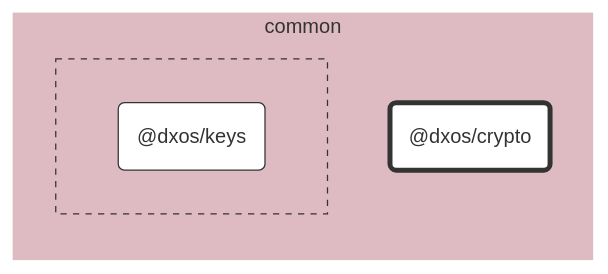
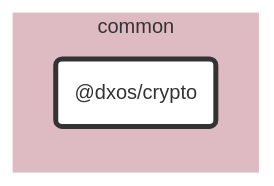
The diagram in packages/common/crypto/docs/README.md (dxos/dxos), drawn with Mermaid before and after one commit. The commit also changed 87 other files, not shown here.

````diff
--- a/packages/common/crypto/docs/README.md
+++ b/packages/common/crypto/docs/README.md
@@ -7,33 +7,20 @@
 ```mermaid
 %%{ init: {'flowchart':{'curve':'basis'}} }%%
 
 flowchart LR
 
-%% Links
+%% Classes
+classDef def fill:#fff,stroke:#333,stroke-width:1px
+classDef root fill:#fff,stroke:#333,stroke-width:4px
 
-%% Sections
-subgraph common
-  style common fill:#debac2,stroke:#fff;
+%% Nodes
 
-  dxos/crypto("@dxos/crypto")
-
-  subgraph common-excluded [ ]
-    style common-excluded fill:#debac2,stroke:#333,stroke-dasharray:5 5;
-
-    dxos/keys("@dxos/keys")
-  end
+subgraph common [common]
+  style common fill:#debac2,stroke:#fff
+  dxos/crypto("@dxos/crypto"):::root
+  click dxos/crypto "dxos/dxos/tree/main/packages/common/crypto/docs"
 end
 
-
-%% Hyperlinks
-click dxos/keys "dxos/dxos/tree/main/packages/common/keys/docs";
-
-%% Styles
-classDef rootNode fill:#fff,stroke:#333,stroke-width:4px
-classDef defaultNode fill:#fff,stroke:#333,stroke-width:1px
+%% Links
 linkStyle default stroke:#333,stroke-width:1px
-
-dxos/crypto:::rootNode
-
-dxos/keys:::defaultNode
 ```
````
